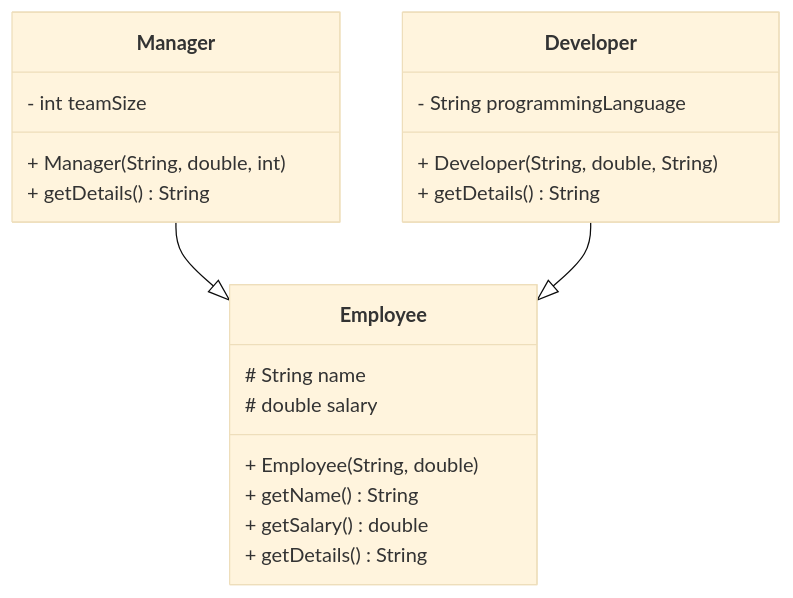
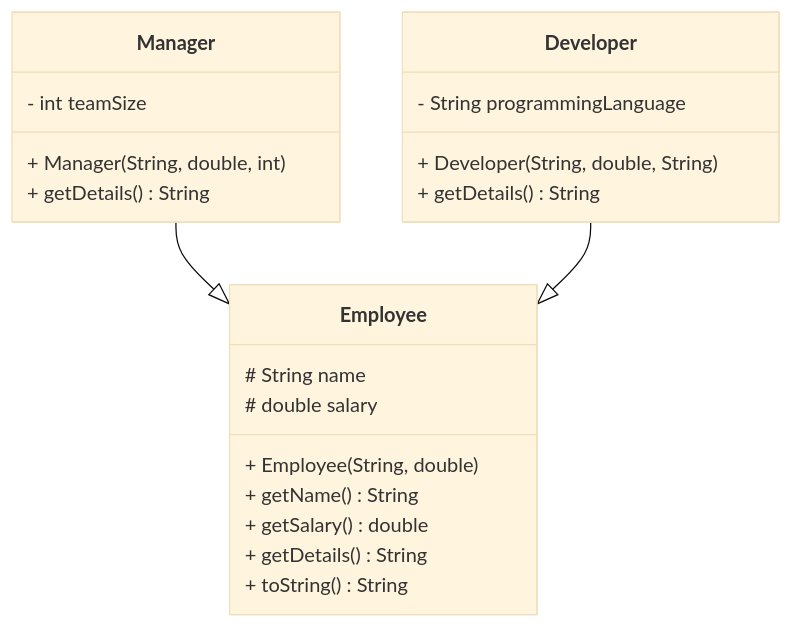
Before and after one commit to nbicocchi/learn-java-core: the first of 5 diagrams in code/exercises/src/main/java/com/nbicocchi/exercises/oop_inheritance/README.md, drawn with Mermaid (base theme). The commit also changed other lines of this file and 30 other files, not shown here.

````diff
--- a/code/exercises/src/main/java/com/nbicocchi/exercises/oop_inheritance/README.md
+++ b/code/exercises/src/main/java/com/nbicocchi/exercises/oop_inheritance/README.md
@@ -29,23 +38,24 @@
 ```mermaid
 classDiagram
 class Employee {
   # String name
   # double salary
   + Employee(String, double)
   + getName() String
   + getSalary() double
   + getDetails() String
+  + toString() String
 }
 class Manager {
   - int teamSize
   + Manager(String, double, int)
   + getDetails() String
 }
 class Developer {
   - String programmingLanguage
   + Developer(String, double, String)
   + getDetails() String
 }
 Manager --|> Employee
 Developer --|> Employee
 ```
````
